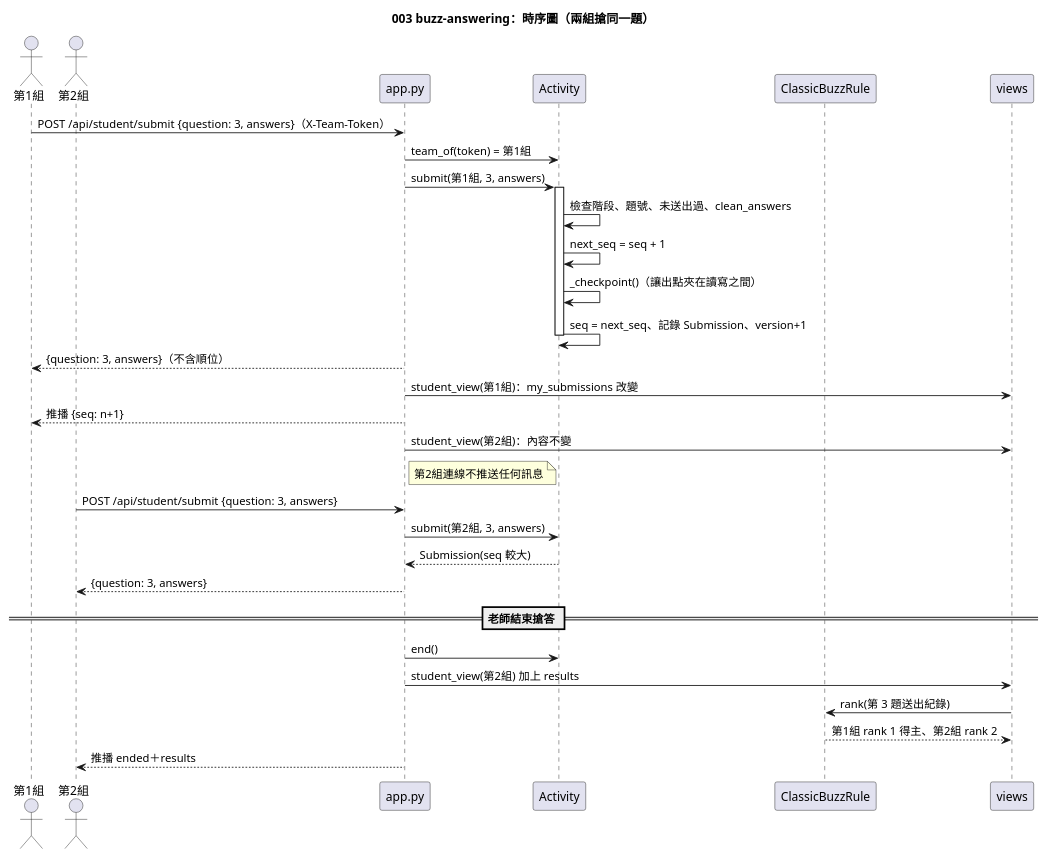
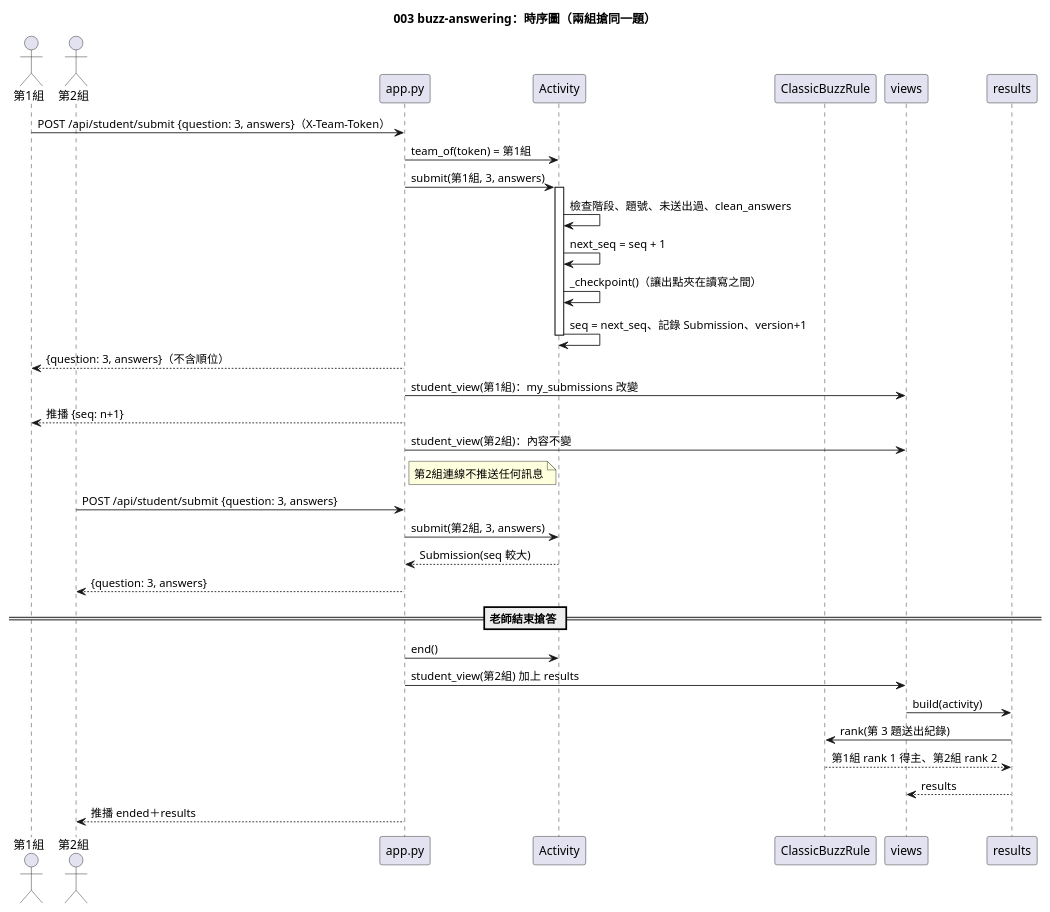
The diagram in diagrams/003-buzz-answering-sequence.puml (yue083139/software_fin-speckit), drawn with PlantUML before and after one commit. The commit also changed 8 other files, not shown here.

First line of the commit message:
docs(specs): 規格文件組評審藥方——圖碼核對行號版本化、003 時序圖補 results、parity 同步

```diff
--- a/diagrams/003-buzz-answering-sequence.puml
+++ b/diagrams/003-buzz-answering-sequence.puml
@@ -1,37 +1,40 @@
 @startuml 003-buzz-answering-sequence
 title 003 buzz-answering：時序圖（兩組搶同一題）
 
 actor "第1組" as A
 actor "第2組" as B
 participant "app.py" as App
 participant "Activity" as Act
 participant "ClassicBuzzRule" as Rule
 participant "views" as V
+participant "results" as R
 
 A -> App : POST /api/student/submit {question: 3, answers}（X-Team-Token）
 App -> Act : team_of(token) = 第1組
 App -> Act : submit(第1組, 3, answers)
 activate Act
 Act -> Act : 檢查階段、題號、未送出過、clean_answers
 Act -> Act : next_seq = seq + 1
 Act -> Act : _checkpoint()（讓出點夾在讀寫之間）
 Act -> Act : seq = next_seq、記錄 Submission、version+1
 deactivate Act
 App --> A : {question: 3, answers}（不含順位）
 App -> V : student_view(第1組)：my_submissions 改變
 App --> A : 推播 {seq: n+1}
 App -> V : student_view(第2組)：內容不變
 note right of App : 第2組連線不推送任何訊息
 
 B -> App : POST /api/student/submit {question: 3, answers}
 App -> Act : submit(第2組, 3, answers)
 Act --> App : Submission(seq 較大)
 App --> B : {question: 3, answers}
 
 == 老師結束搶答 ==
 App -> Act : end()
 App -> V : student_view(第2組) 加上 results
-V -> Rule : rank(第 3 題送出紀錄)
-Rule --> V : 第1組 rank 1 得主、第2組 rank 2
+V -> R : build(activity)
+R -> Rule : rank(第 3 題送出紀錄)
+Rule --> R : 第1組 rank 1 得主、第2組 rank 2
+R --> V : results
 App --> B : 推播 ended＋results
 @enduml
```
